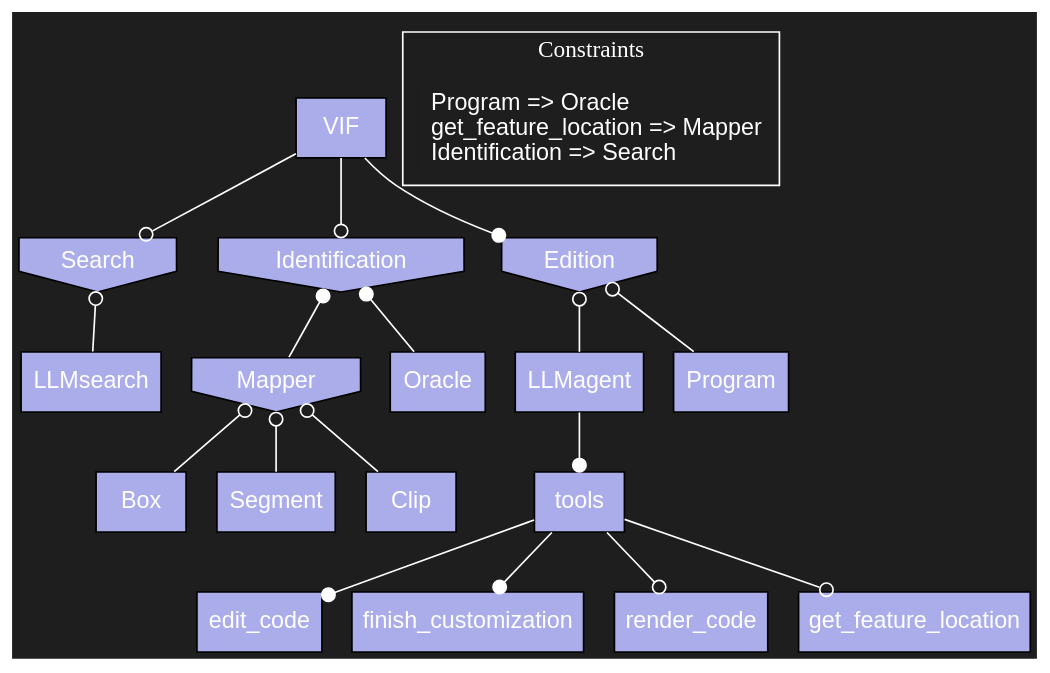
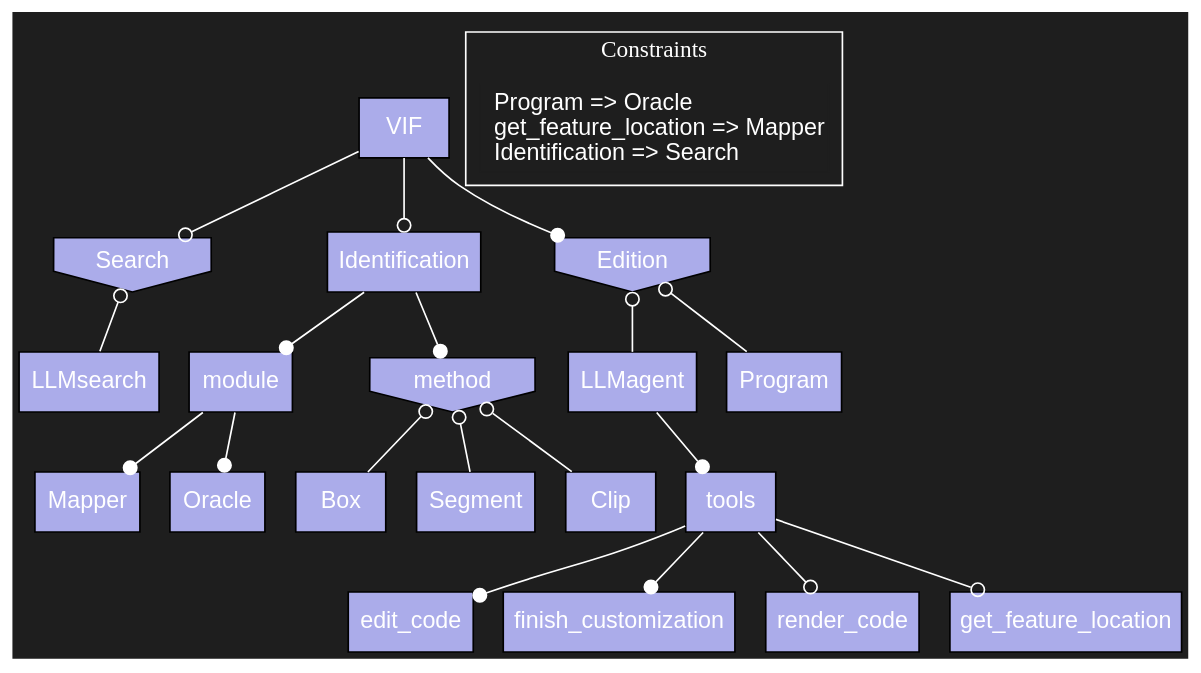
One commit to IV2C/VIFagent changed the diagram in DOC/feat_mod_vif.dot. Above: the diagram before and after it, drawn with Graphviz. The commit also changed 14 other files, not shown here.

```diff
--- a/DOC/feat_mod_vif.dot
+++ b/DOC/feat_mod_vif.dot
@@ -1,51 +1,55 @@
 digraph FeatureModel {
 rankdir="TB"
 newrank=true
 bgcolor="#1e1e1e"
 edge [color=white]
 node [style=filled fontcolor="white" fontname="Arial Unicode MS, Arial"];
 
 LLMsearch [fillcolor="#ABACEA" tooltip="Cardinality: None" shape="box"]
 Search -> LLMsearch [arrowhead="none", arrowtail="odot", dir="both"]
 Search [fillcolor="#ABACEA" tooltip="Cardinality: None" shape="invhouse"]
 VIF -> Search [arrowhead="odot", arrowtail="none", dir="both"]
+Mapper [fillcolor="#ABACEA" tooltip="Cardinality: None" shape="box"]
+module -> Mapper [arrowhead="dot", arrowtail="none", dir="both"]
+Oracle [fillcolor="#ABACEA" tooltip="Cardinality: None" shape="box"]
+module -> Oracle [arrowhead="dot", arrowtail="none", dir="both"]
+module [fillcolor="#ABACEA" tooltip="Cardinality: None" shape="box"]
+Identification -> module [arrowhead="dot", arrowtail="none", dir="both"]
 Box [fillcolor="#ABACEA" tooltip="Cardinality: None" shape="box"]
-Mapper -> Box [arrowhead="none", arrowtail="odot", dir="both"]
+method -> Box [arrowhead="none", arrowtail="odot", dir="both"]
 Segment [fillcolor="#ABACEA" tooltip="Cardinality: None" shape="box"]
-Mapper -> Segment [arrowhead="none", arrowtail="odot", dir="both"]
+method -> Segment [arrowhead="none", arrowtail="odot", dir="both"]
 Clip [fillcolor="#ABACEA" tooltip="Cardinality: None" shape="box"]
-Mapper -> Clip [arrowhead="none", arrowtail="odot", dir="both"]
-Mapper [fillcolor="#ABACEA" tooltip="Cardinality: None" shape="invhouse"]
-Identification -> Mapper [arrowhead="none", arrowtail="dot", dir="both"]
-Oracle [fillcolor="#ABACEA" tooltip="Cardinality: None" shape="box"]
-Identification -> Oracle [arrowhead="none", arrowtail="dot", dir="both"]
-Identification [fillcolor="#ABACEA" tooltip="Cardinality: None" shape="invhouse"]
+method -> Clip [arrowhead="none", arrowtail="odot", dir="both"]
+method [fillcolor="#ABACEA" tooltip="Cardinality: None" shape="invhouse"]
+Identification -> method [arrowhead="dot", arrowtail="none", dir="both"]
+Identification [fillcolor="#ABACEA" tooltip="Cardinality: None" shape="box"]
 VIF -> Identification [arrowhead="odot", arrowtail="none", dir="both"]
 edit_code [fillcolor="#ABACEA" tooltip="Cardinality: None" shape="box"]
 tools -> edit_code [arrowhead="dot", arrowtail="none", dir="both"]
 finish_customization [fillcolor="#ABACEA" tooltip="Cardinality: None" shape="box"]
 tools -> finish_customization [arrowhead="dot", arrowtail="none", dir="both"]
 render_code [fillcolor="#ABACEA" tooltip="Cardinality: None" shape="box"]
 tools -> render_code [arrowhead="odot", arrowtail="none", dir="both"]
 get_feature_location [fillcolor="#ABACEA" tooltip="Cardinality: None" shape="box"]
 tools -> get_feature_location [arrowhead="odot", arrowtail="none", dir="both"]
 tools [fillcolor="#ABACEA" tooltip="Cardinality: None" shape="box"]
 LLMagent -> tools [arrowhead="dot", arrowtail="none", dir="both"]
 LLMagent [fillcolor="#ABACEA" tooltip="Cardinality: None" shape="box"]
 Edition -> LLMagent [arrowhead="none", arrowtail="odot", dir="both"]
 Program [fillcolor="#ABACEA" tooltip="Cardinality: None" shape="box"]
 Edition -> Program [arrowhead="none", arrowtail="odot", dir="both"]
 Edition [fillcolor="#ABACEA" tooltip="Cardinality: None" shape="invhouse"]
 VIF -> Edition [arrowhead="dot", arrowtail="none", dir="both"]
 VIF [fillcolor="#ABACEA" tooltip="Cardinality: None" shape="box"]
 
 
 subgraph cluster_constraints{
     label="Constraints" color="white" fontcolor="white"
     constraints [shape="box" color="#1e1e1e" label=<<table border="0" cellpadding="0" cellspacing="0" cellborder="0">
         <tr><td align="left">Program =&gt; Oracle</td></tr>
     <tr><td align="left">get_feature_location =&gt; Mapper</td></tr>
     <tr><td align="left">Identification =&gt; Search</td></tr>
 </table>>]
 }
 }
```
